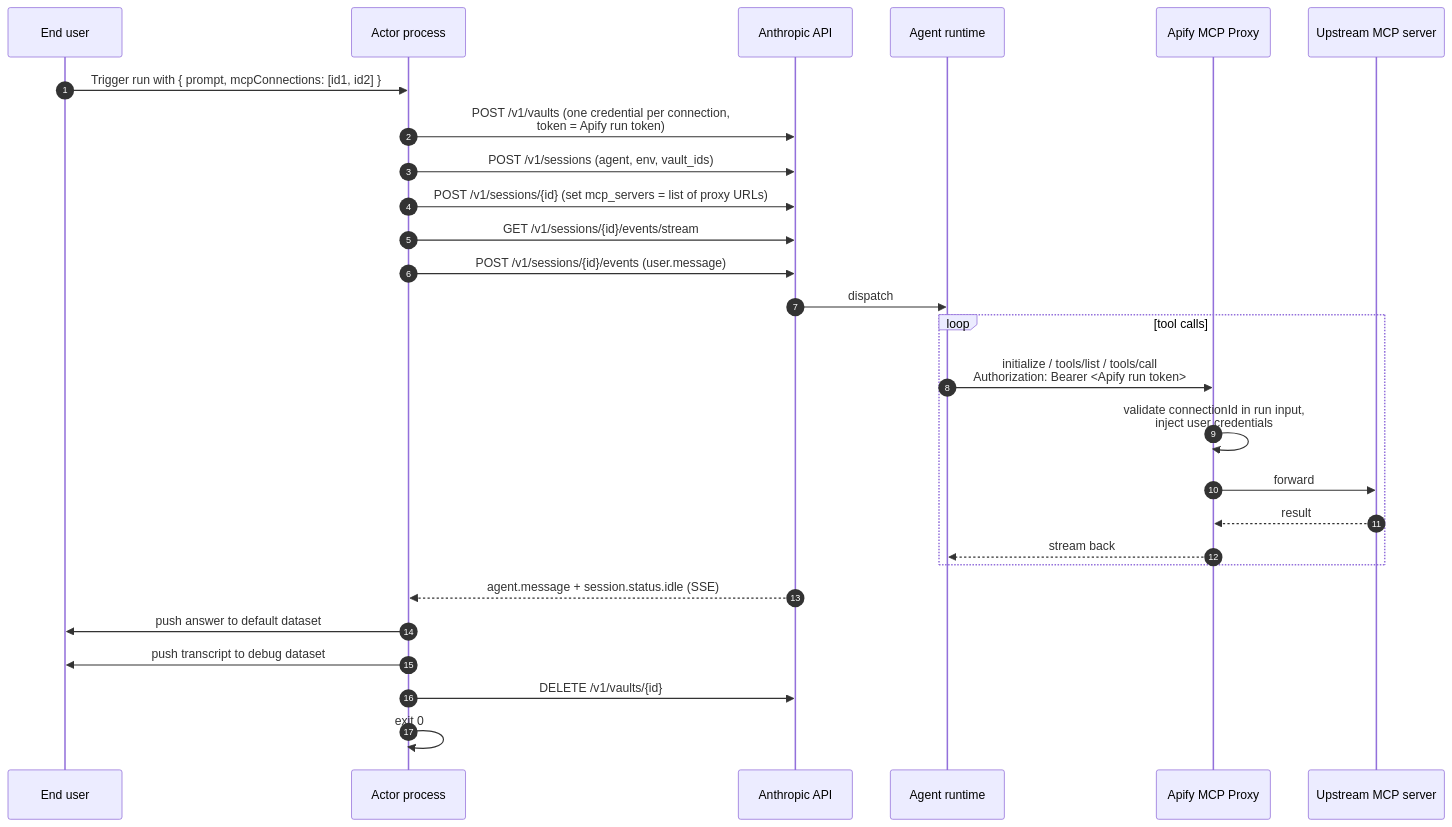
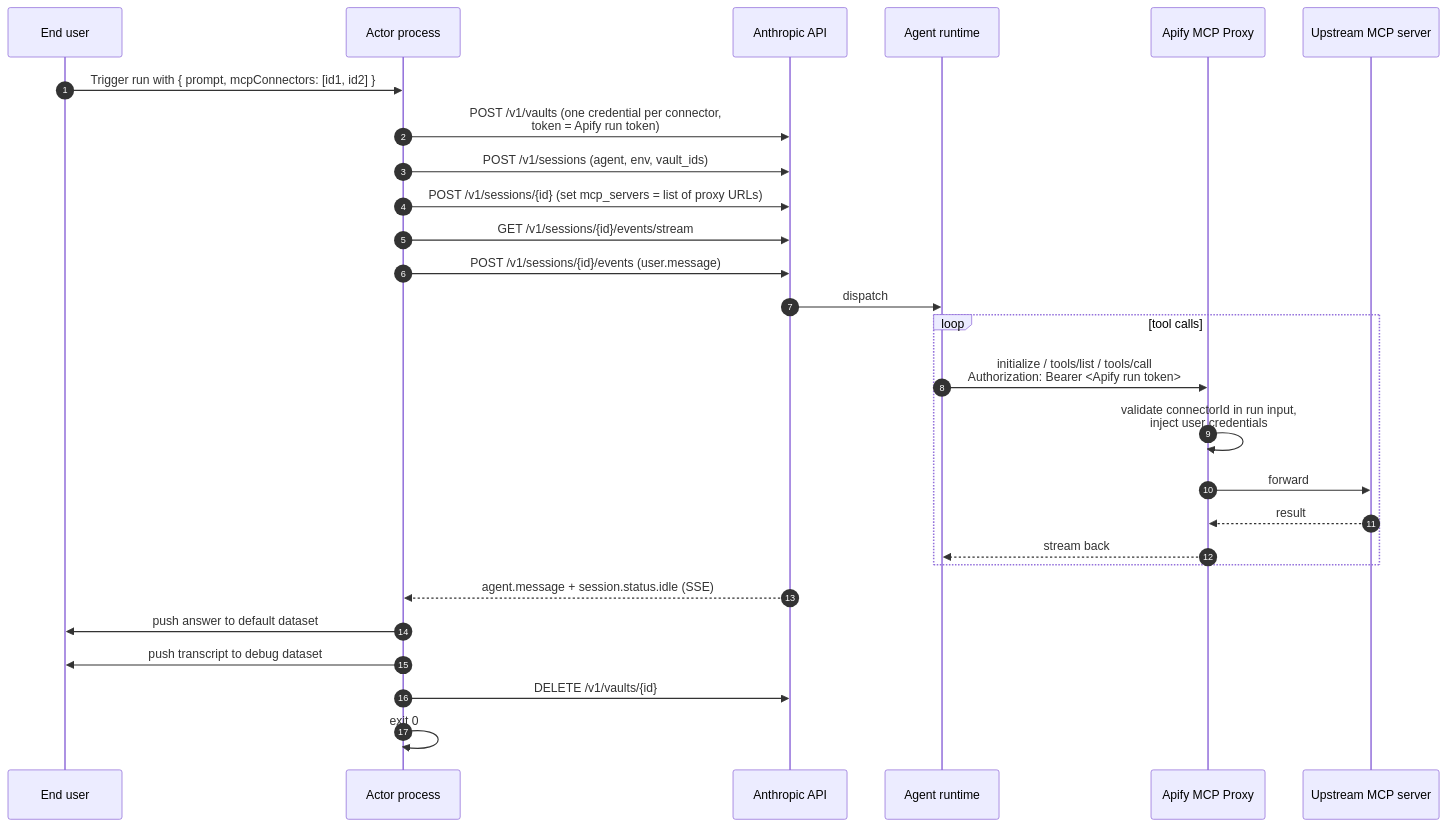
Before and after one commit to apify/actor-claude-managed-agent: the diagram in PLAN.md, drawn with Mermaid. The commit also changed other lines of this file, not shown here.

Commit message:
docs(plan): pedantic-review fixes — glossary up, connector naming, provision details, output examples, defer failure + tools rules

````diff
--- a/PLAN.md
+++ b/PLAN.md
@@ -30,30 +52,30 @@
 ```mermaid
 sequenceDiagram
     autonumber
     participant U as End user
     participant A as Actor process
     participant N as Anthropic API
     participant G as Agent runtime
     participant P as Apify MCP Proxy
     participant X as Upstream MCP server
 
-    U->>A: Trigger run with { prompt, mcpConnections: [id1, id2] }
-    A->>N: POST /v1/vaults (one credential per connection,<br/>token = Apify run token)
+    U->>A: Trigger run with { prompt, mcpConnectors: [id1, id2] }
+    A->>N: POST /v1/vaults (one credential per connector,<br/>token = Apify run token)
     A->>N: POST /v1/sessions (agent, env, vault_ids)
     A->>N: POST /v1/sessions/{id} (set mcp_servers = list of proxy URLs)
     A->>N: GET /v1/sessions/{id}/events/stream
     A->>N: POST /v1/sessions/{id}/events (user.message)
     N->>G: dispatch
     loop tool calls
         G->>P: initialize / tools/list / tools/call<br/>Authorization: Bearer <Apify run token>
-        P->>P: validate connectionId in run input,<br/>inject user credentials
+        P->>P: validate connectorId in run input,<br/>inject user credentials
         P->>X: forward
         X-->>P: result
         P-->>G: stream back
     end
     N-->>A: agent.message + session.status.idle (SSE)
     A->>U: push answer to default dataset
     A->>U: push transcript to debug dataset
     A->>N: DELETE /v1/vaults/{id}
     A->>A: exit 0
 ```
````
